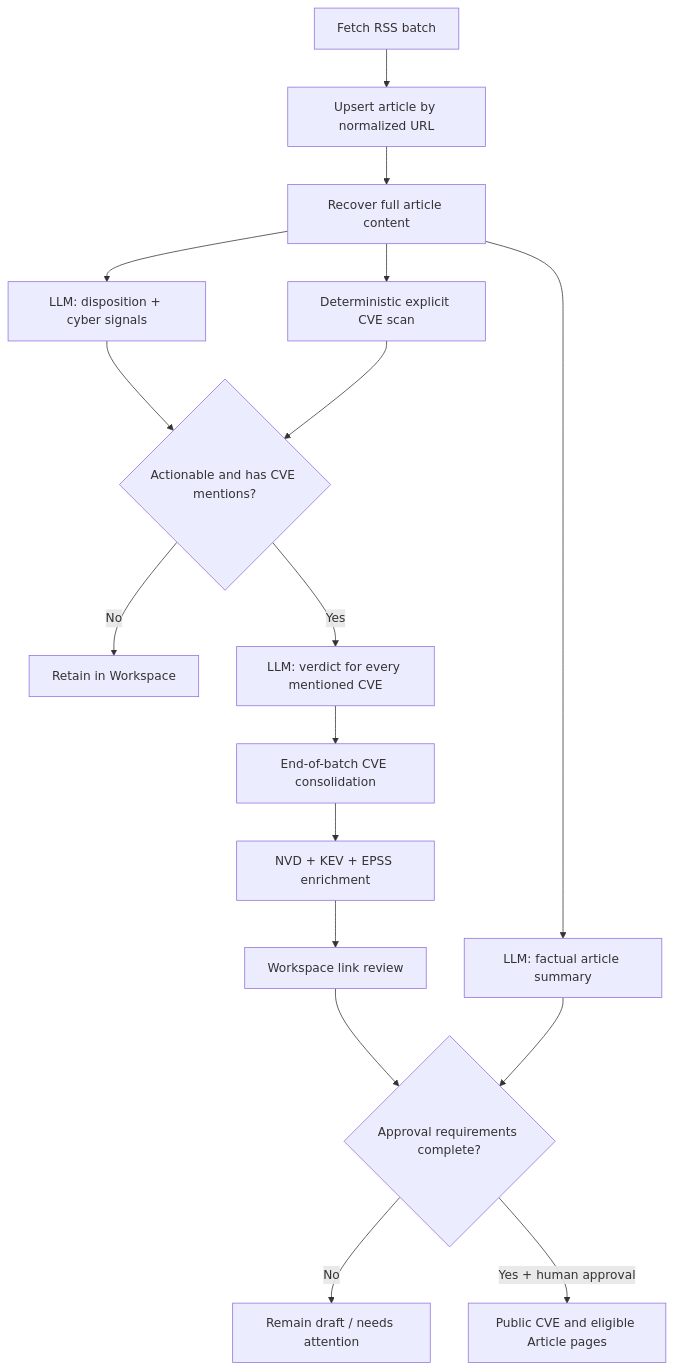
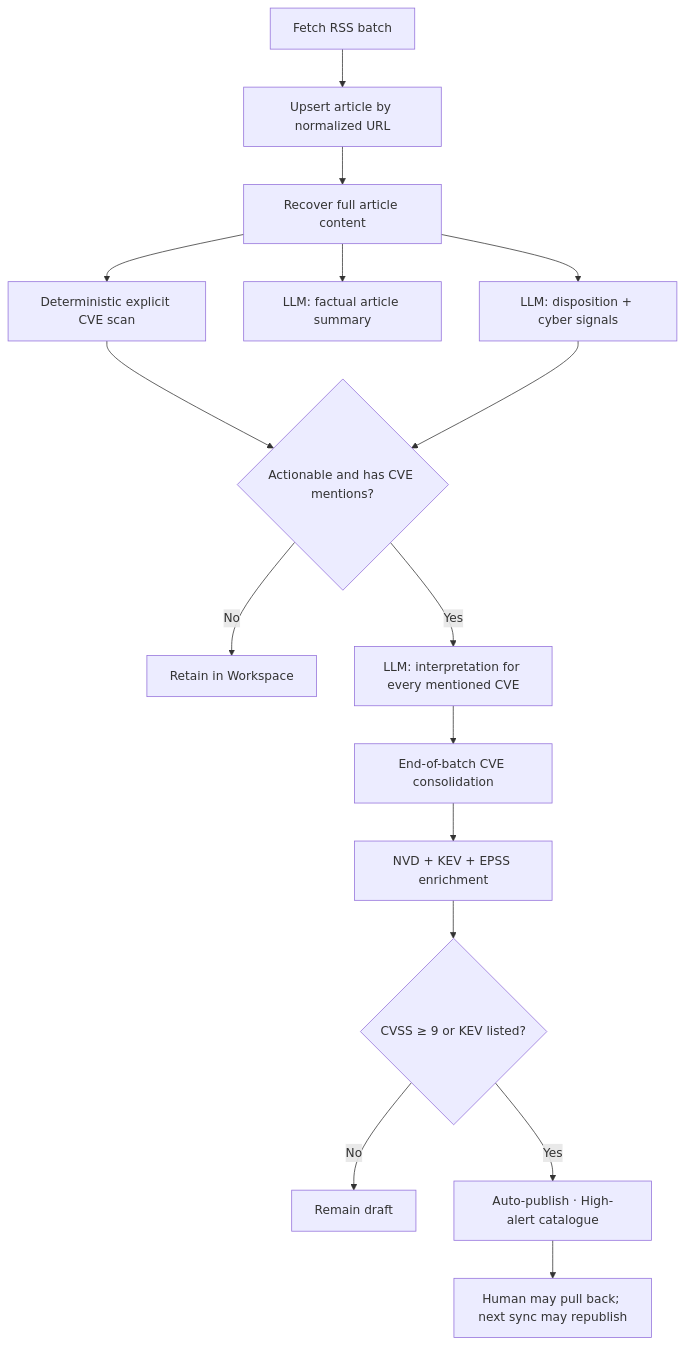
The diagram in docs/plans/cve-mvp-architecture.md (hoimingkenny/ai-event-intelligence-agent), drawn with Mermaid before and after one commit. The commit also changed other lines of this file and 15 other files, not shown here.

First line of the commit message:
Document high-alert auto-publish and show UI times in HKT.

````diff
--- a/docs/plans/cve-mvp-architecture.md
+++ b/docs/plans/cve-mvp-architecture.md
@@ -24,19 +26,18 @@
 ```mermaid
 flowchart TD
     A["Fetch RSS batch"] --> B["Upsert article by normalized URL"]
     B --> C["Recover full article content"]
     C --> D["Deterministic explicit CVE scan"]
     C --> E["LLM: factual article summary"]
     C --> F["LLM: disposition + cyber signals"]
     D --> G{"Actionable and has CVE mentions?"}
     F --> G
     G -- "No" --> H["Retain in Workspace"]
-    G -- "Yes" --> I["LLM: verdict for every mentioned CVE"]
+    G -- "Yes" --> I["LLM: interpretation for every mentioned CVE"]
     I --> J["End-of-batch CVE consolidation"]
     J --> K["NVD + KEV + EPSS enrichment"]
-    K --> L["Workspace link review"]
-    E --> M{"Approval requirements complete?"}
-    L --> M
-    M -- "No" --> N["Remain draft / needs attention"]
-    M -- "Yes + human approval" --> O["Public CVE and eligible Article pages"]
+    K --> L{"CVSS ≥ 9 or KEV listed?"}
+    L -- "No" --> N["Remain draft"]
+    L -- "Yes" --> O["Auto-publish · High-alert catalogue"]
+    O --> P["Human may pull back; next sync may republish"]
 ```
````
